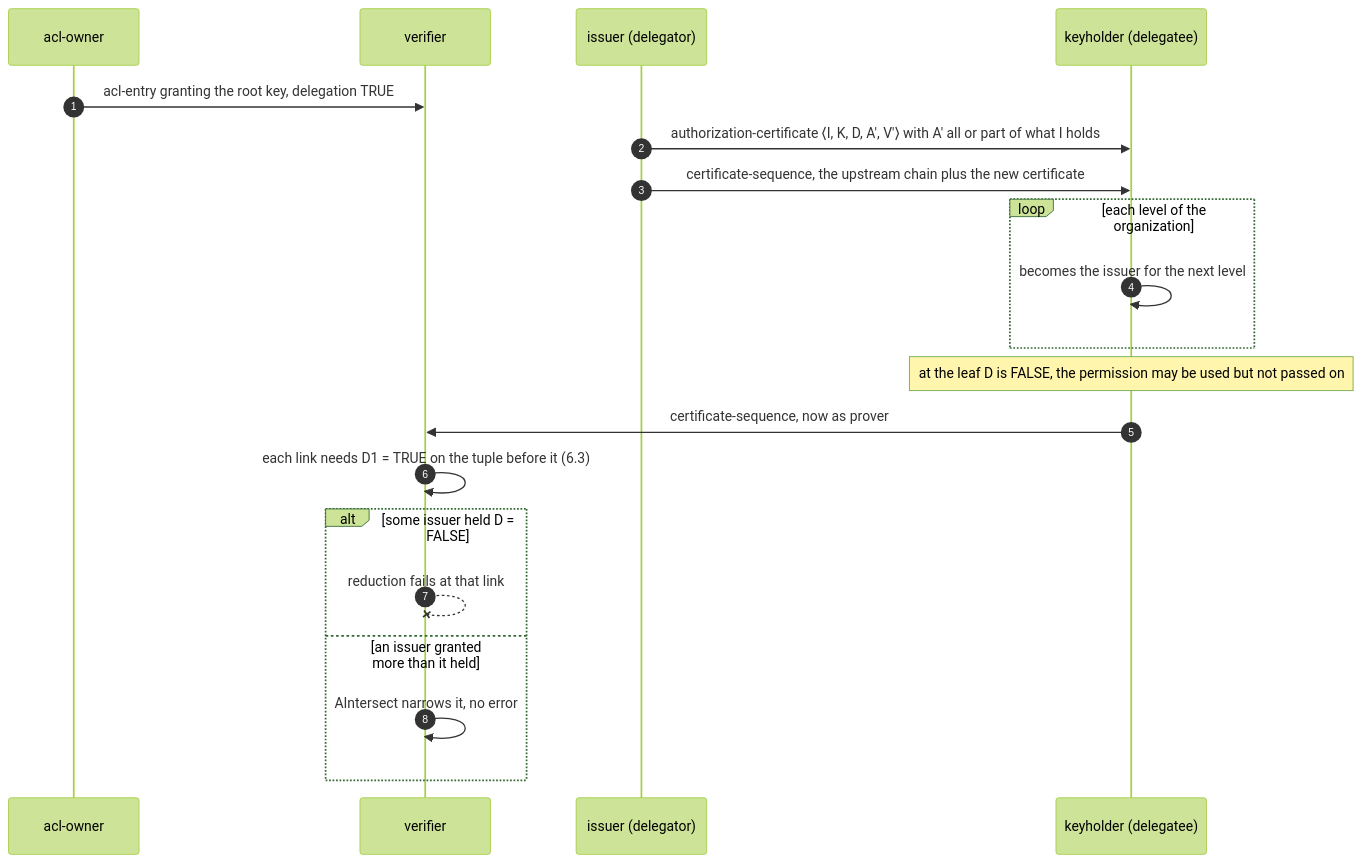
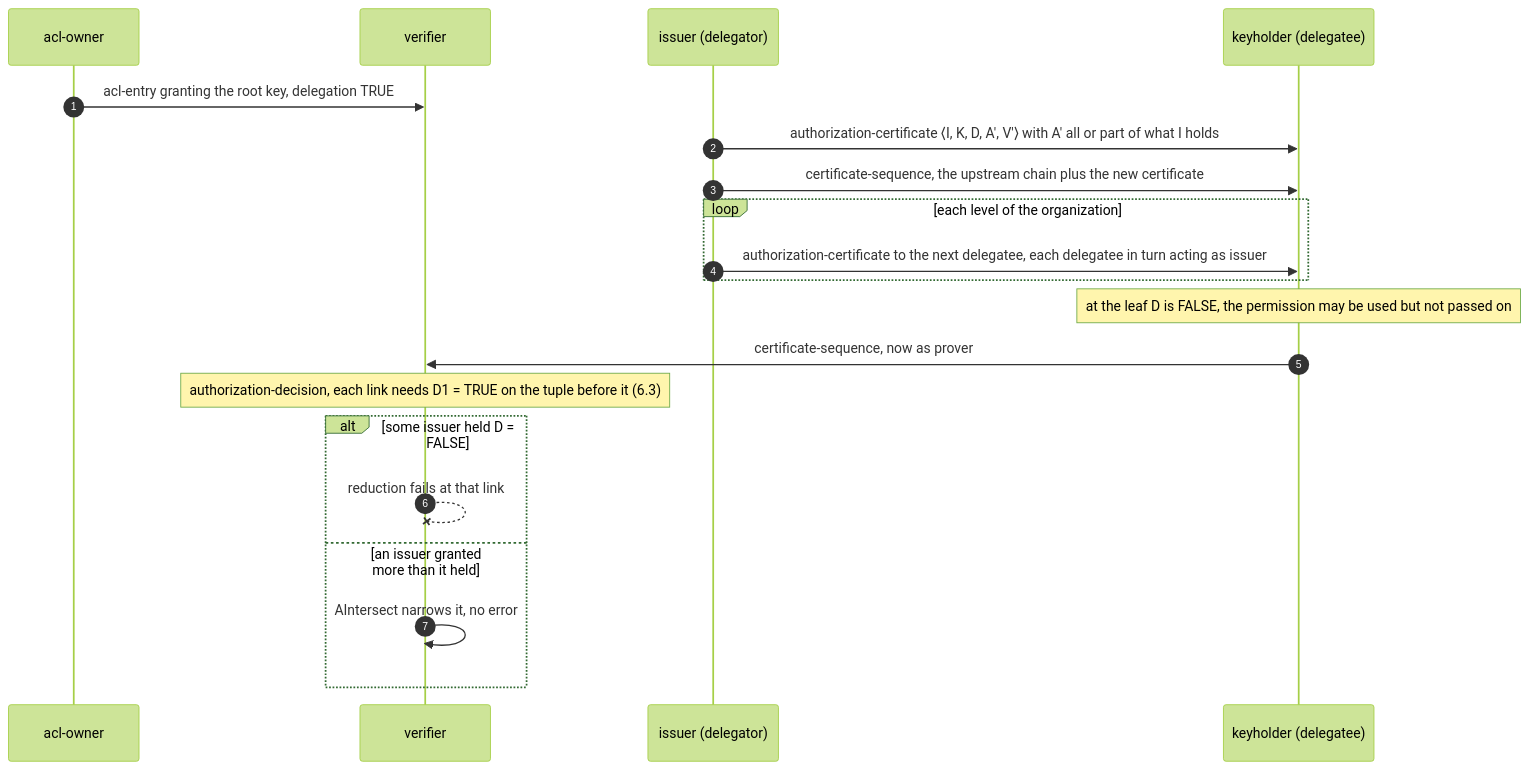
Before and after one commit to m-of-n/library: the second of 25 diagrams in records/ietf/rfc-2693/distilled/protocol.md, drawn with Mermaid (forest theme). The commit also changed other lines of this file and 8 other files, not shown here.

````diff
--- a/records/ietf/rfc-2693/distilled/protocol.md
+++ b/records/ietf/rfc-2693/distilled/protocol.md
@@ -159,22 +158,22 @@
 ```mermaid
 sequenceDiagram
   autonumber
   participant O as acl-owner
   participant V as verifier
   participant I as issuer (delegator)
   participant K as keyholder (delegatee)
   O->>V: acl-entry granting the root key, delegation TRUE
   I->>K: authorization-certificate ⟨I, K, D, A', V'⟩ with A' all or part of what I holds
   I->>K: certificate-sequence, the upstream chain plus the new certificate
   loop each level of the organization
-    K->>K: becomes the issuer for the next level
+    I->>K: authorization-certificate to the next delegatee, each delegatee in turn acting as issuer
   end
   Note over K: at the leaf D is FALSE, the permission may be used but not passed on
   K->>V: certificate-sequence, now as prover
-  V->>V: each link needs D1 = TRUE on the tuple before it (6.3)
+  Note over V: authorization-decision, each link needs D1 = TRUE on the tuple before it (6.3)
   alt some issuer held D = FALSE
     V--xV: reduction fails at that link
   else an issuer granted more than it held
     V->>V: AIntersect narrows it, no error
   end
 ```
````
